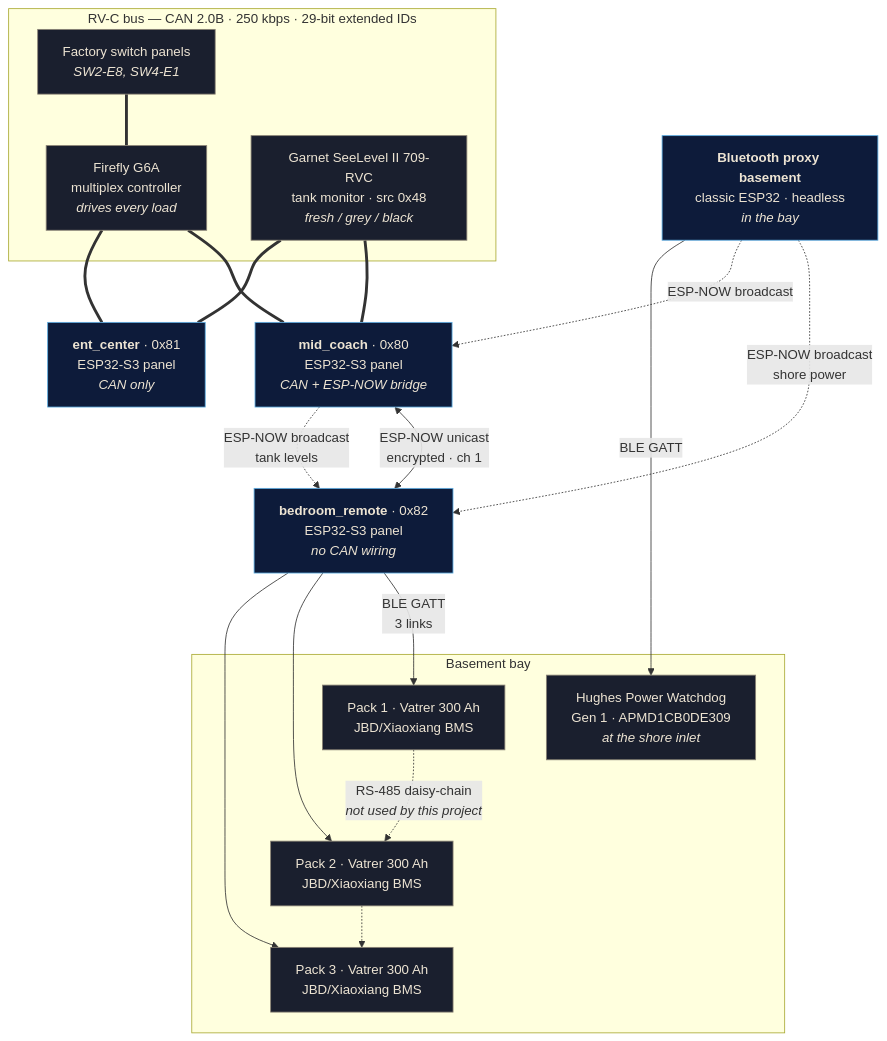
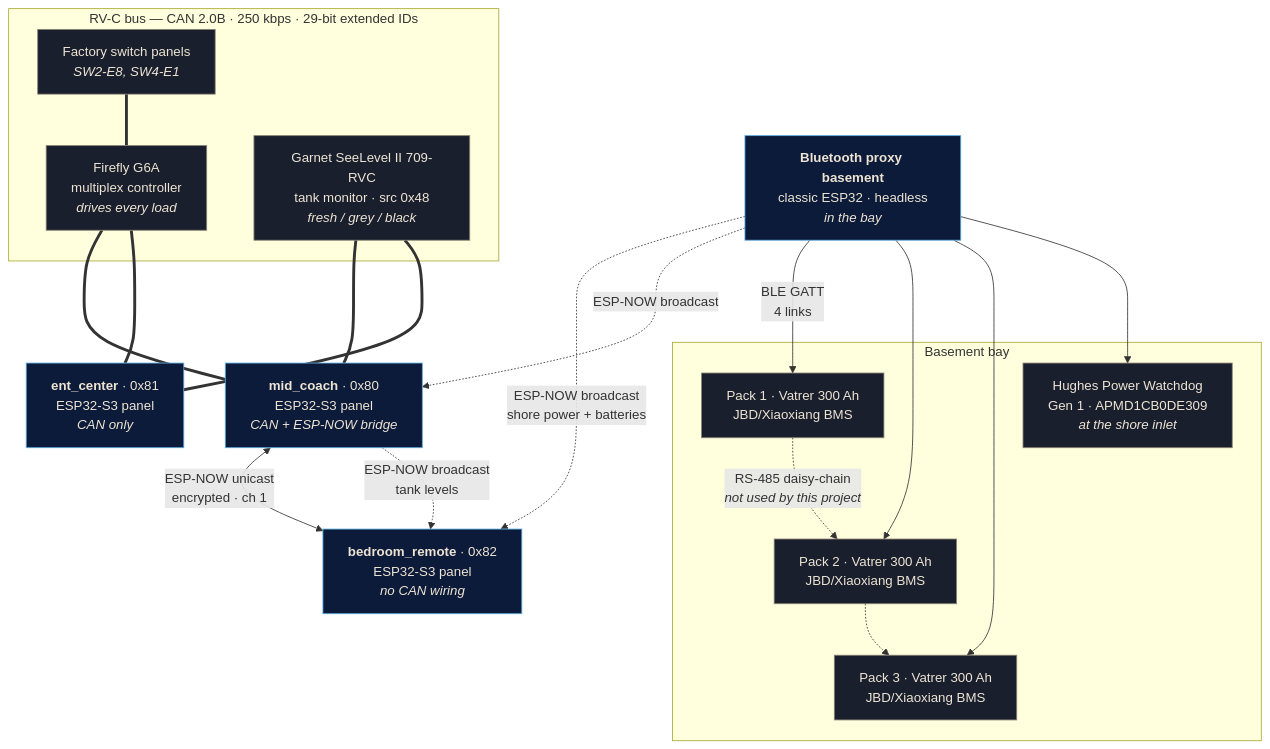
The diagram in docs/SYSTEM.md (gauthig/firefly-touch), drawn with Mermaid before and after one commit. The commit also changed other lines of this file and 29 other files, not shown here.

````diff
--- a/docs/SYSTEM.md
+++ b/docs/SYSTEM.md
@@ -13,45 +14,45 @@
 ```mermaid
 graph TB
     subgraph rvc["RV-C bus — CAN 2.0B · 250 kbps · 29-bit extended IDs"]
         G6A["Firefly G6A<br/>multiplex controller<br/><i>drives every load</i>"]
         SEE["Garnet SeeLevel II 709-RVC<br/>tank monitor · src 0x48<br/><i>fresh / grey / black</i>"]
         FSW["Factory switch panels<br/><i>SW2-E8, SW4-E1</i>"]
     end
 
     MID["<b>mid_coach</b> · 0x80<br/>ESP32-S3 panel<br/><i>CAN + ESP-NOW bridge</i>"]
     ENT["<b>ent_center</b> · 0x81<br/>ESP32-S3 panel<br/><i>CAN only</i>"]
     BED["<b>bedroom_remote</b> · 0x82<br/>ESP32-S3 panel<br/><i>no CAN wiring</i>"]
     PROXY["<b>Bluetooth proxy basement</b><br/>classic ESP32 · headless<br/><i>in the bay</i>"]
 
     subgraph bay["Basement bay"]
         BAT1["Pack 1 · Vatrer 300 Ah<br/>JBD/Xiaoxiang BMS"]
         BAT2["Pack 2 · Vatrer 300 Ah<br/>JBD/Xiaoxiang BMS"]
         BAT3["Pack 3 · Vatrer 300 Ah<br/>JBD/Xiaoxiang BMS"]
         WD["Hughes Power Watchdog<br/>Gen 1 · APMD1CB0DE309<br/><i>at the shore inlet</i>"]
     end
 
     G6A === MID
     G6A === ENT
     SEE === MID
     SEE === ENT
     FSW === G6A
 
     MID <-->|"ESP-NOW unicast<br/>encrypted · ch 1"| BED
 
     MID -.->|"ESP-NOW broadcast<br/>tank levels"| BED
-    PROXY -.->|"ESP-NOW broadcast<br/>shore power"| BED
+    PROXY -.->|"ESP-NOW broadcast<br/>shore power + batteries"| BED
     PROXY -.->|"ESP-NOW broadcast"| MID
 
-    BED -->|"BLE GATT<br/>3 links"| BAT1
-    BED --> BAT2
-    BED --> BAT3
-    PROXY -->|"BLE GATT"| WD
+    PROXY -->|"BLE GATT<br/>4 links"| BAT1
+    PROXY --> BAT2
+    PROXY --> BAT3
+    PROXY --> WD
 
     BAT1 -.->|"RS-485 daisy-chain<br/><i>not used by this project</i>"| BAT2
     BAT2 -.-> BAT3
 
     classDef panel fill:#0D1B3A,stroke:#5DADE2,color:#EDE4D3
     classDef coach fill:#1A1F2E,stroke:#8A8375,color:#EDE4D3
     class MID,ENT,BED,PROXY panel
     class G6A,SEE,FSW,BAT1,BAT2,BAT3,WD coach
 ```
````
